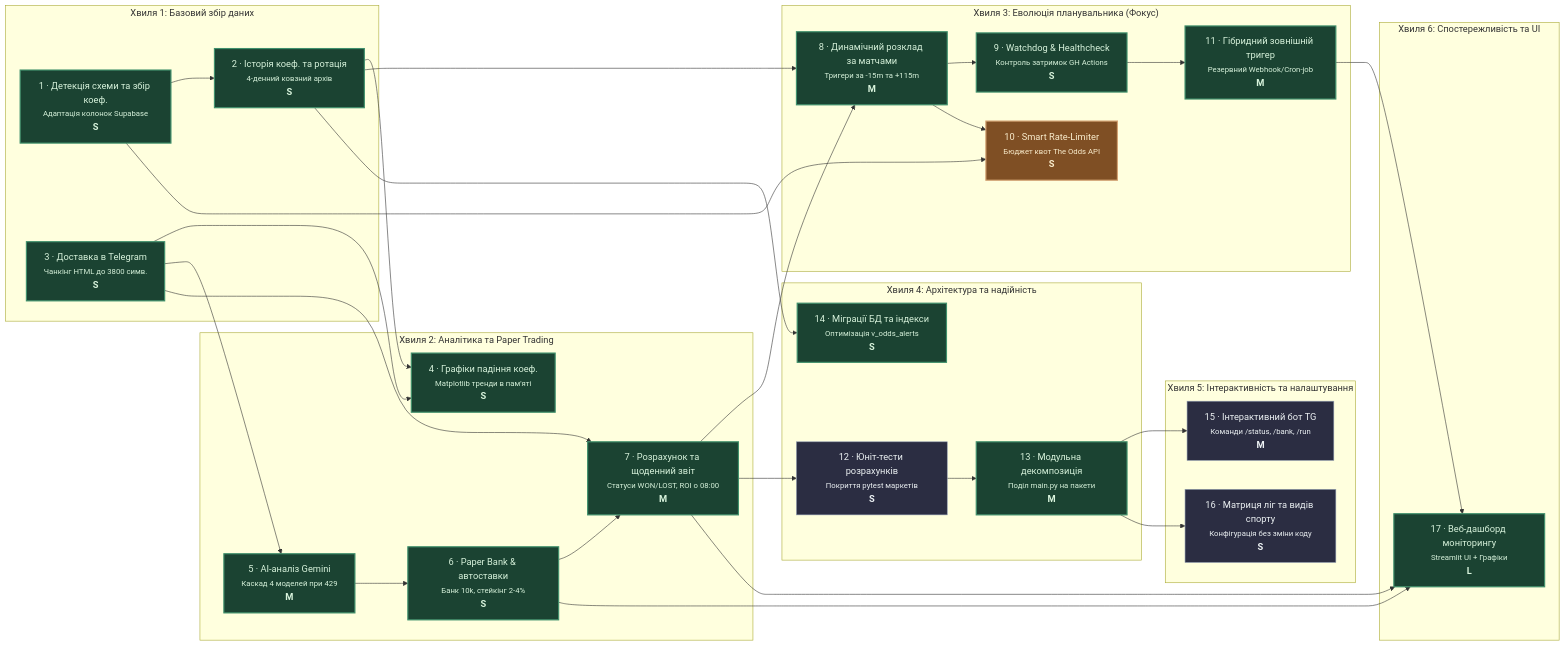
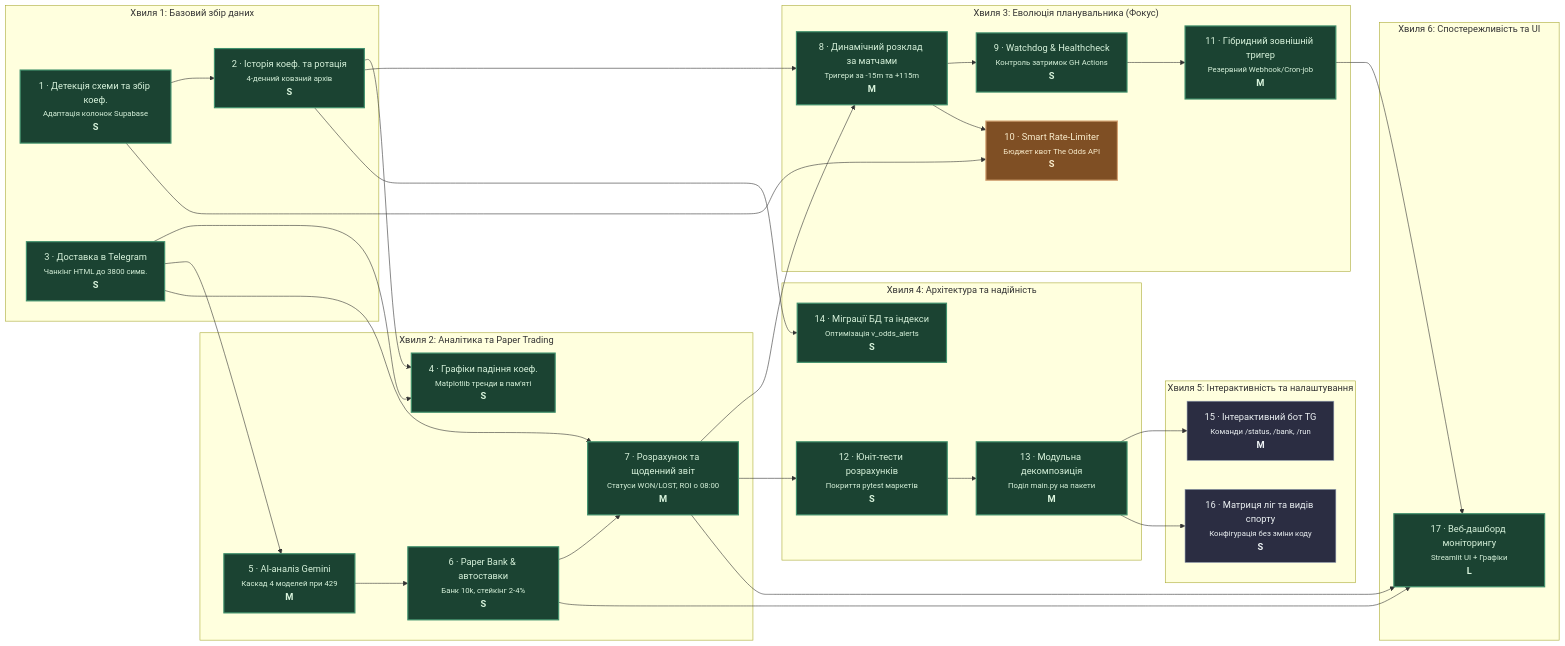
Before and after one commit to vsymchak/StatMonitor: the diagram in docs/roadmap-diagram.md, drawn with Mermaid. The commit also changed other lines of this file and 6 other files, not shown here.

````diff
--- a/docs/roadmap-diagram.md
+++ b/docs/roadmap-diagram.md
@@ -8,73 +8,73 @@
 ```mermaid
 flowchart LR
     classDef shipped fill:#1b4332,stroke:#40916c,color:#d8f3dc,stroke-width:2px;
     classDef in_progress fill:#7f4f24,stroke:#d4a373,color:#faedcd,stroke-width:2px;
     classDef idea fill:#2b2d42,stroke:#8d99ae,color:#edf2f4,stroke-width:1px;
     classDef fog fill:#1e1e24,stroke:#4a4e69,color:#9a8c98,stroke-width:1px,stroke-dasharray: 4 4;
 
     subgraph Wave1["Хвиля 1: Базовий збір даних"]
         1["1 · Детекція схеми та збір коеф.<br><small>Адаптація колонок Supabase</small><br><b>S</b>"]:::shipped
         2["2 · Історія коеф. та ротація<br><small>4-денний ковзний архів</small><br><b>S</b>"]:::shipped
         3["3 · Доставка в Telegram<br><small>Чанкінг HTML до 3800 симв.</small><br><b>S</b>"]:::shipped
     end
 
     subgraph Wave2["Хвиля 2: Аналітика та Paper Trading"]
         4["4 · Графіки падіння коеф.<br><small>Matplotlib тренди в пам'яті</small><br><b>S</b>"]:::shipped
         5["5 · AI-аналіз Gemini<br><small>Каскад 4 моделей при 429</small><br><b>M</b>"]:::shipped
         6["6 · Paper Bank & автоставки<br><small>Банк 10k, стейкінг 2-4%</small><br><b>S</b>"]:::shipped
         7["7 · Розрахунок та щоденний звіт<br><small>Статуси WON/LOST, ROI о 08:00</small><br><b>M</b>"]:::shipped
     end
 
     subgraph Wave3["Хвиля 3: Еволюція планувальника (Фокус)"]
         8["8 · Динамічний розклад за матчами<br><small>Тригери за -15m та +115m</small><br><b>M</b>"]:::shipped
         9["9 · Watchdog & Healthcheck<br><small>Контроль затримок GH Actions</small><br><b>S</b>"]:::shipped
         10["10 · Smart Rate-Limiter<br><small>Бюджет квот The Odds API</small><br><b>S</b>"]:::in_progress
         11["11 · Гібридний зовнішній тригер<br><small>Резервний Webhook/Cron-job</small><br><b>M</b>"]:::shipped
     end
 
     subgraph Wave4["Хвиля 4: Архітектура та надійність"]
-        12["12 · Юніт-тести розрахунків<br><small>Покриття pytest маркетів</small><br><b>S</b>"]:::idea
+        12["12 · Юніт-тести розрахунків<br><small>Покриття pytest маркетів</small><br><b>S</b>"]:::shipped
         13["13 · Модульна декомпозиція<br><small>Поділ main.py на пакети</small><br><b>M</b>"]:::shipped
         14["14 · Міграції БД та індекси<br><small>Оптимізація v_odds_alerts</small><br><b>S</b>"]:::shipped
     end
 
     subgraph Wave5["Хвиля 5: Інтерактивність та налаштування"]
         15["15 · Інтерактивний бот TG<br><small>Команди /status, /bank, /run</small><br><b>M</b>"]:::idea
         16["16 · Матриця ліг та видів спорту<br><small>Конфігурація без зміни коду</small><br><b>S</b>"]:::idea
     end
 
     subgraph Wave6["Хвиля 6: Спостережливість та UI"]
         17["17 · Веб-дашборд моніторингу<br><small>Streamlit UI + Графіки</small><br><b>L</b>"]:::shipped
     end
 
     %% Залежності Хвилі 1 і 2
     1 --> 2
     2 --> 4
     3 --> 4
     3 --> 5
     5 --> 6
     6 --> 7
     3 --> 7
 
     %% Залежності Хвилі 3 (Планувальник)
     2 --> 8
     7 --> 8
     8 --> 9
     1 --> 10
     8 --> 10
     9 --> 11
 
     %% Залежності Хвилі 4
     7 --> 12
     12 --> 13
     2 --> 14
 
     %% Залежності Хвилі 5
     13 --> 15
     13 --> 16
 
     %% Wave 6 connections
     6 --> 17
     7 --> 17
     11 --> 17
 ```
````
